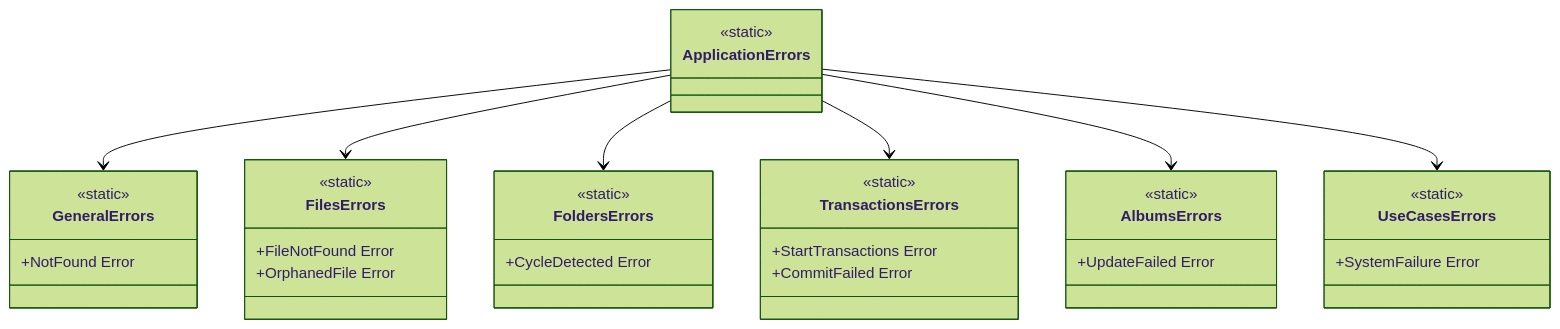
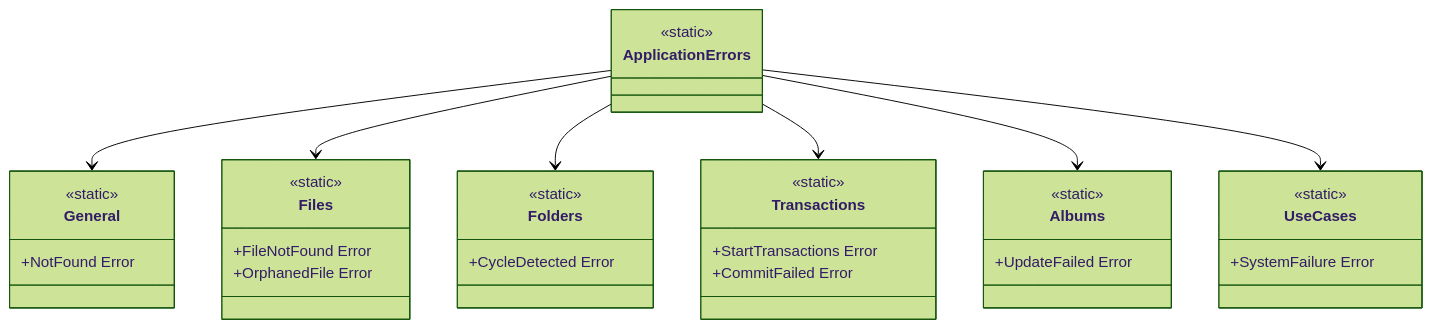
Before and after one commit to college-top-vrn/PhotoCatalog: the diagram in docs/diagrams/application/ApplicationError.md, drawn with Mermaid (forest theme).

````diff
--- a/docs/diagrams/application/ApplicationError.md
+++ b/docs/diagrams/application/ApplicationError.md
@@ -1,45 +1,45 @@
 ```mermaid
 classDiagram
     class ApplicationErrors {
         <<static>>
     }
 
-    class GeneralErrors {
+    class General {
         <<static>>
         +NotFound Error
     }
 
-    class FilesErrors {
+    class Files {
         <<static>>
         +FileNotFound Error
         +OrphanedFile Error
     }
 
-    class FoldersErrors {
+    class Folders {
         <<static>>
         +CycleDetected Error
     }
 
-    class TransactionsErrors {
+    class Transactions {
         <<static>>
         +StartTransactions Error
         +CommitFailed Error
     }
 
-    class AlbumsErrors {
+    class Albums {
         <<static>>
         +UpdateFailed Error
     }
 
-    class UseCasesErrors {
+    class UseCases {
         <<static>>
         +SystemFailure Error
     }
     
-    ApplicationErrors --> GeneralErrors
-    ApplicationErrors --> FilesErrors
-    ApplicationErrors --> FoldersErrors
-    ApplicationErrors --> TransactionsErrors
-    ApplicationErrors --> AlbumsErrors
-    ApplicationErrors --> UseCasesErrors
+    ApplicationErrors --> General
+    ApplicationErrors --> Files
+    ApplicationErrors --> Folders
+    ApplicationErrors --> Transactions
+    ApplicationErrors --> Albums
+    ApplicationErrors --> UseCases
 ```
````
